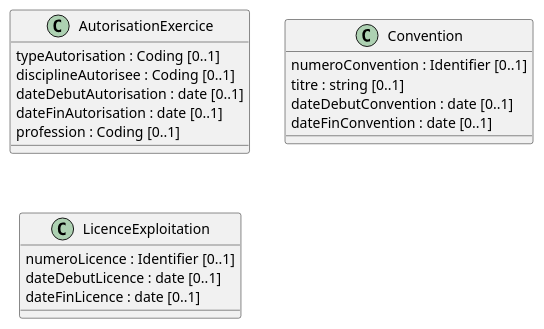
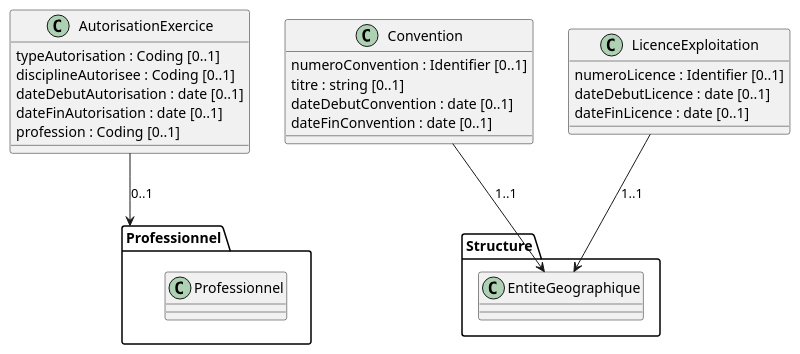
One commit to ansforge/IG-modele-objets-sante changed the diagram in input/images-source/Accord.plantuml. Above: the diagram before and after it, drawn with PlantUML. The commit also changed 53 other files, not shown here.

Commit message:
Diagramme avec Références

```diff
--- a/input/images-source/Accord.plantuml
+++ b/input/images-source/Accord.plantuml
@@ -1,25 +1,37 @@
 @startuml
 
 Class AutorisationExercice {
   typeAutorisation : Coding [0..1]
   disciplineAutorisee : Coding [0..1]
   dateDebutAutorisation : date [0..1]
   dateFinAutorisation : date [0..1]
   profession : Coding [0..1]
 }
 
 Class Convention {
   numeroConvention : Identifier [0..1]
   titre : string [0..1]
   dateDebutConvention : date [0..1]
   dateFinConvention : date [0..1]
 }
 
 Class LicenceExploitation {
   numeroLicence : Identifier [0..1]
   dateDebutLicence : date [0..1]
   dateFinLicence : date [0..1]
 }
 
 
+package "Professionnel" {
+  Class Professionnel
+}
+
+package "Structure" {
+  Class EntiteGeographique
+  Class EntiteGeographique
+}
+AutorisationExercice --> Professionnel : 0..1
+Convention --> EntiteGeographique : 1..1
+LicenceExploitation --> EntiteGeographique : 1..1
+
 @enduml
```
